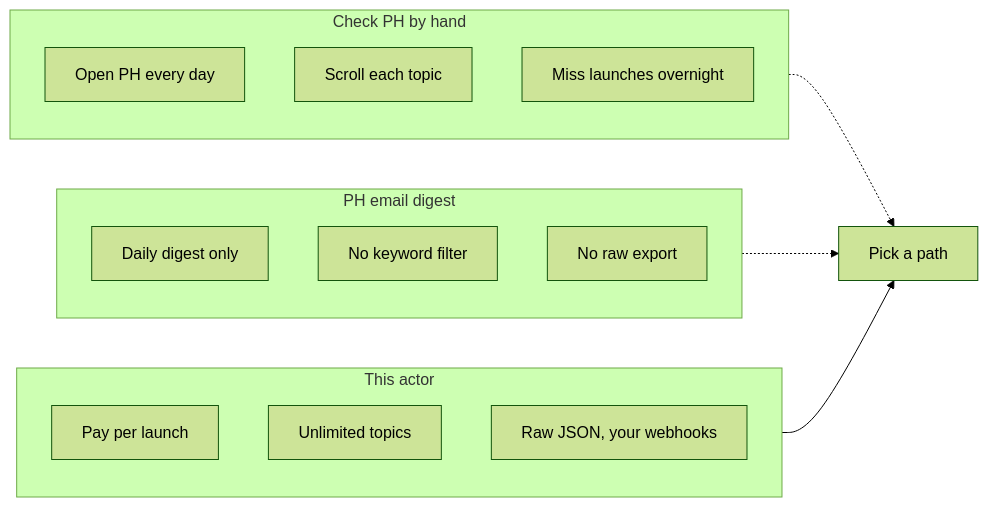
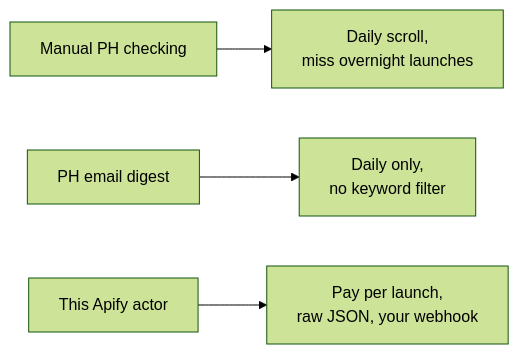
One commit to Ken-Mutisya/scrapemint changed the third of 3 diagrams in actors/producthunt-launch-tracker/README.md. Above: the diagram before and after it, drawn with Mermaid (forest theme). The commit also changed other lines of this file and 3 other files, not shown here.

````diff
--- a/actors/producthunt-launch-tracker/README.md
+++ b/actors/producthunt-launch-tracker/README.md
@@ -57,21 +113,6 @@
 ```mermaid
 flowchart LR
-    subgraph Manual[Check PH by hand]
-        A1[Open PH every day]
-        A2[Scroll each topic]
-        A3[Miss launches overnight]
-    end
-    subgraph Email[PH email digest]
-        B1[Daily digest only]
-        B2[No keyword filter]
-        B3[No raw export]
-    end
-    subgraph Actor[This actor]
-        C1[Pay per launch]
-        C2[Unlimited topics]
-        C3[Raw JSON, your webhooks]
-    end
-    Manual -.-> X[Pick a path]
-    Email -.-> X
-    Actor --> X
+    M[Manual PH checking] --> X[Daily scroll,<br/>miss overnight launches]
+    S[PH email digest] --> Y[Daily only,<br/>no keyword filter]
+    A[This Apify actor] --> Z[Pay per launch,<br/>raw JSON, your webhook]
 ```
````
